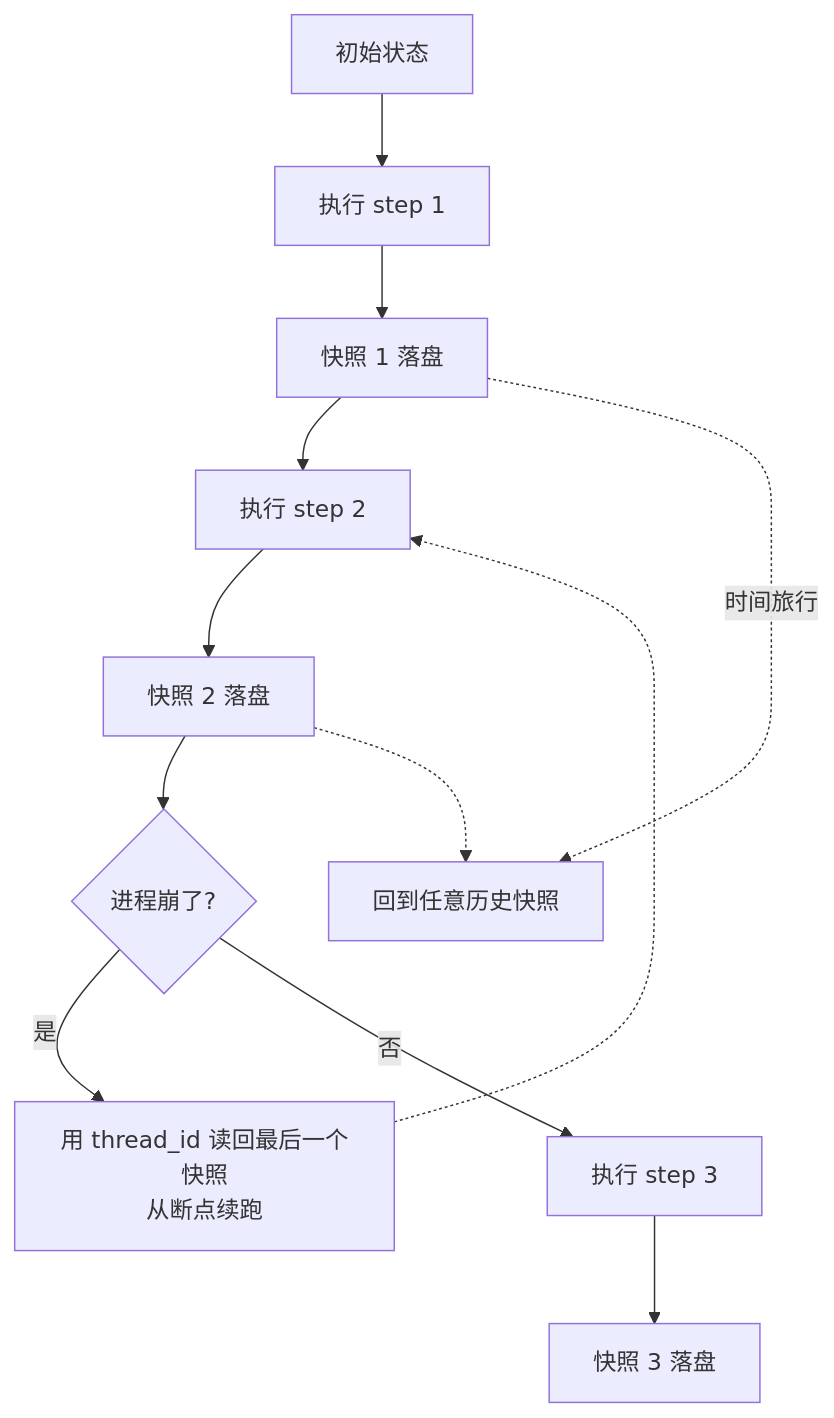
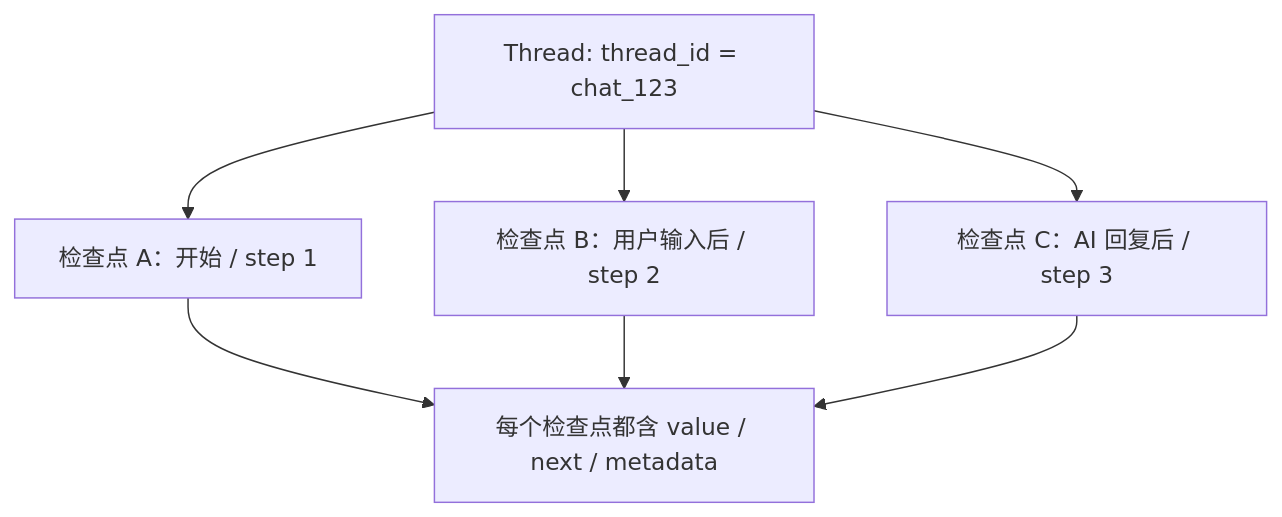
One commit to HandlerOne01/IMiss_Blog changed diagram 18 of 30 in src/content/posts/ai/langgraph-nengli-xiangjie-xuexibiji.md. Above: the diagram before and after it, drawn with Mermaid. The commit also changed other lines of this file and 6 other files, not shown here.

````diff
--- a/src/content/posts/ai/langgraph-nengli-xiangjie-xuexibiji.md
+++ b/src/content/posts/ai/langgraph-nengli-xiangjie-xuexibiji.md
@@ -331,11 +1535,9 @@
 ```mermaid
 flowchart TD
-    I["初始状态"] --> S1["执行 step 1"] --> C1["快照 1 落盘"]
-    C1 --> S2["执行 step 2"] --> C2["快照 2 落盘"]
-    C2 --> X{"进程崩了?"}
-    X -->|是| R["用 thread_id 读回最后一个快照<br/>从断点续跑"]
-    X -->|否| S3["执行 step 3"] --> C3["快照 3 落盘"]
-    R -.-> S2
-    C1 -.->|时间旅行| RB["回到任意历史快照"]
-    C2 -.-> RB
+    T["Thread: thread_id = chat_123"] --> A["检查点 A：开始 / step 1"]
+    T --> B["检查点 B：用户输入后 / step 2"]
+    T --> C["检查点 C：AI 回复后 / step 3"]
+    A --> V["每个检查点都含 value / next / metadata"]
+    B --> V
+    C --> V
 ```
````
